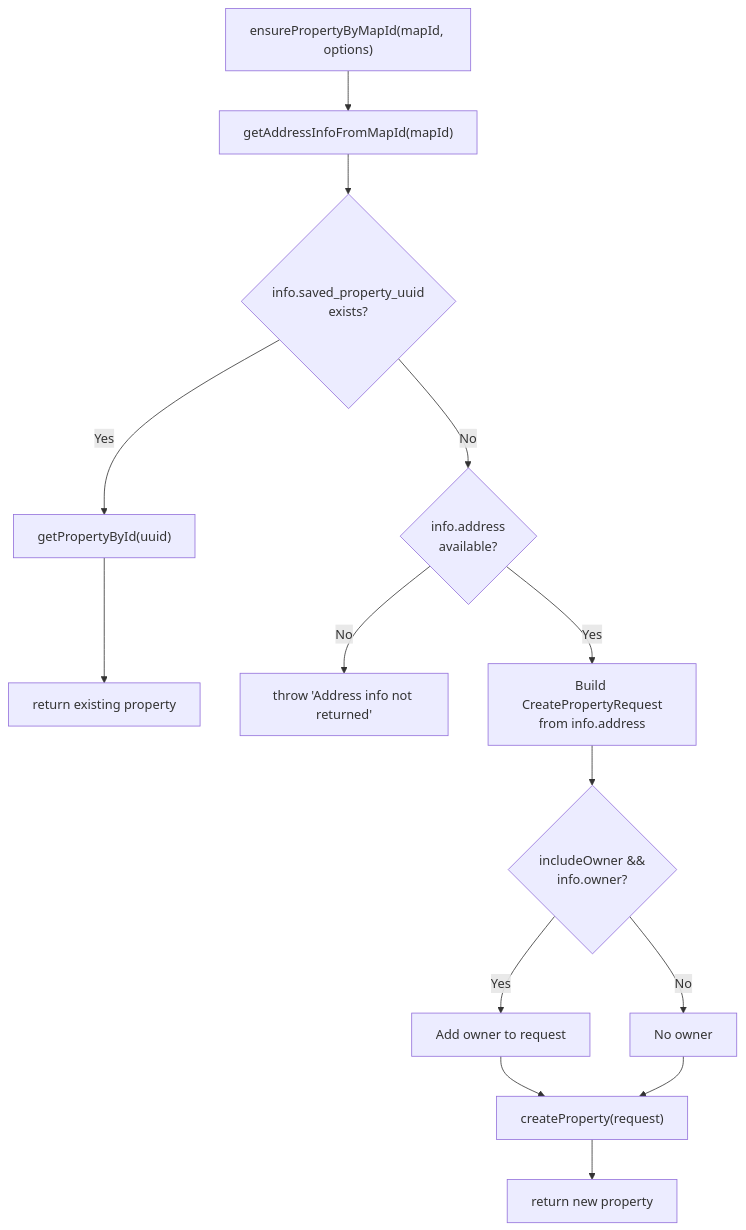
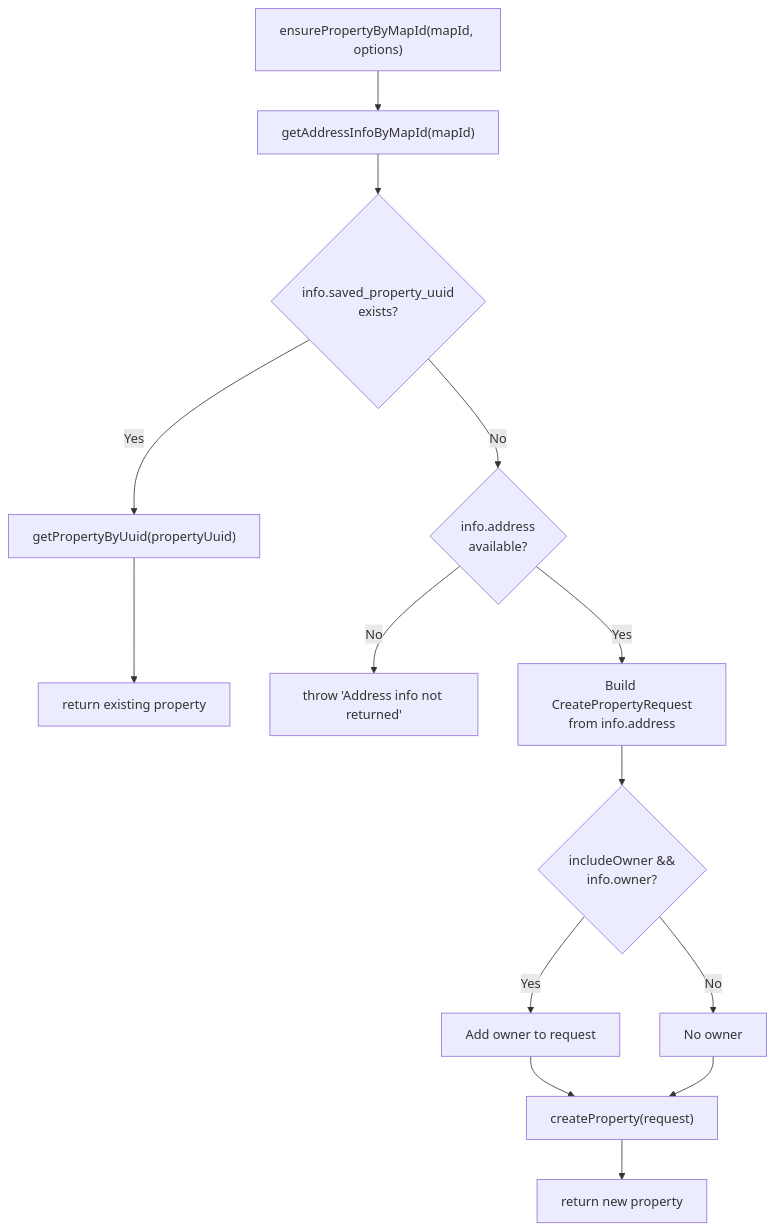
Before and after one commit to danicanod/reisift-sdk: the third of 4 diagrams in docs/sdk-map.md, drawn with Mermaid. The commit also changed other lines of this file and 10 other files, not shown here.

````diff
--- a/docs/sdk-map.md
+++ b/docs/sdk-map.md
@@ -322,18 +339,18 @@
 ```mermaid
 flowchart TD
-    Start["ensurePropertyByMapId(mapId, options)"] --> Lookup["getAddressInfoFromMapId(mapId)"]
+    Start["ensurePropertyByMapId(mapId, options)"] --> Lookup["getAddressInfoByMapId(mapId)"]
     Lookup --> CheckExists{"info.saved_property_uuid\nexists?"}
-    CheckExists -->|Yes| GetExisting["getPropertyById(uuid)"]
+    CheckExists -->|Yes| GetExisting["getPropertyByUuid(propertyUuid)"]
     GetExisting --> ReturnExisting["return existing property"]
 
     CheckExists -->|No| CheckAddress{"info.address\navailable?"}
     CheckAddress -->|No| ThrowNoAddr["throw 'Address info not returned'"]
     CheckAddress -->|Yes| BuildRequest["Build CreatePropertyRequest\nfrom info.address"]
 
     BuildRequest --> CheckOwner{"includeOwner &&\ninfo.owner?"}
     CheckOwner -->|Yes| AddOwner["Add owner to request"]
     CheckOwner -->|No| SkipOwner["No owner"]
     AddOwner --> Create["createProperty(request)"]
     SkipOwner --> Create
     Create --> ReturnNew["return new property"]
 ```
````
